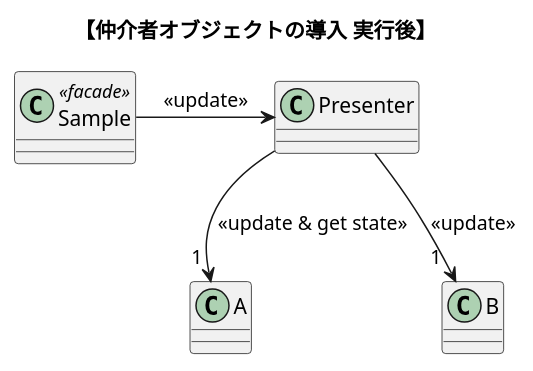
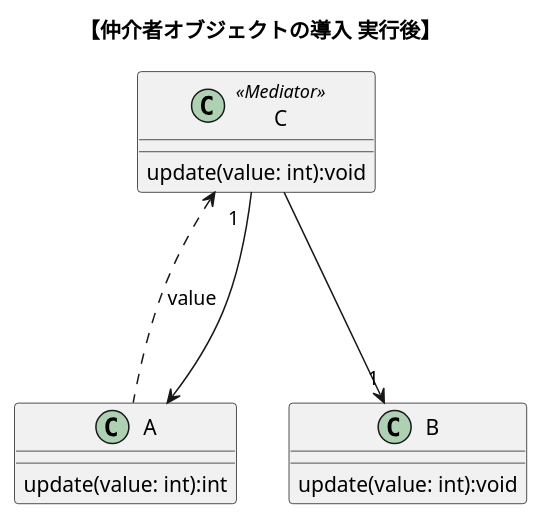
Before and after one commit to nitta-lab/TwoStagesModelingExperiments: the diagram in puml/classes/after_introduce_mediator.puml, drawn with PlantUML. The commit also changed 17 other files, not shown here.

```diff
--- a/puml/classes/after_introduce_mediator.puml
+++ b/puml/classes/after_introduce_mediator.puml
@@ -1,17 +1,19 @@
 @startuml map_class_push_CFD
 title "【仲介者オブジェクトの導入 実行後】"
 
-class "A"
-class "B"
-
-class "Sample"<<facade>>
-
-class "Presenter"{
+class "A"{
+    update(value: int):int
+}
+class "B"{
+    update(value: int):void
 }
 
-"Sample" -right-> "Presenter" : <<update>>
+class "C"<<Mediator>>{
+    update(value: int):void
+}
 
-"Presenter" -down-> "1 " "A" : "<<update & get state>>"
-"Presenter" -down-> "             1" "B" : <<update>>
+"C" <... "A" : value
+"C" "1  " ---> "A" 
+"C" ---> "1" "B"
 
 @enduml
```
